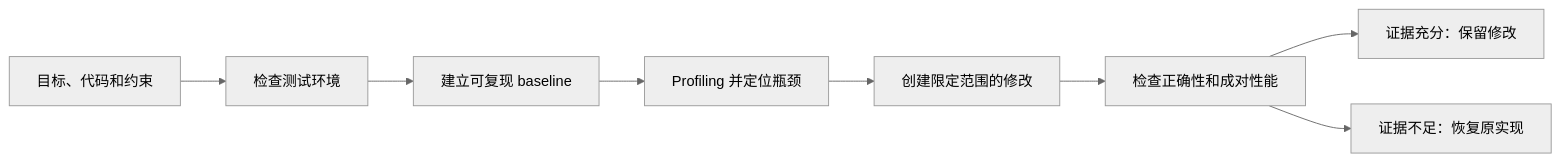
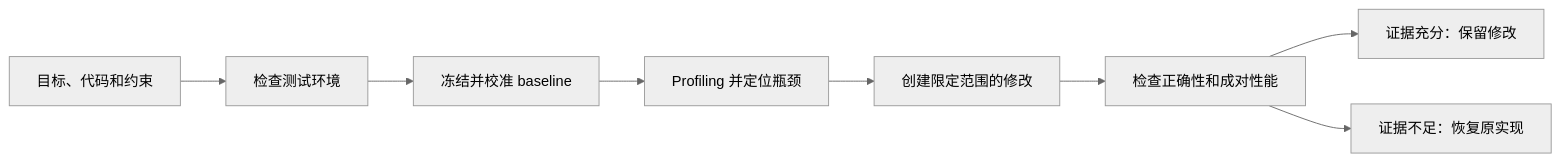
One commit to troycheng/cuda-optimized-skill changed the diagram in README.zh-CN.md. Above: the diagram before and after it, drawn with Mermaid (neutral theme). The commit also changed other lines of this file and 20 other files, not shown here.

````diff
--- a/README.zh-CN.md
+++ b/README.zh-CN.md
@@ -65,10 +69,10 @@
 ```mermaid
 flowchart LR
     goal["目标、代码和约束"] --> environment["检查测试环境"]
-    environment --> baseline["建立可复现 baseline"]
+    environment --> baseline["冻结并校准 baseline"]
     baseline --> profiling["Profiling 并定位瓶颈"]
     profiling --> change["创建限定范围的修改"]
     change --> evaluation["检查正确性和成对性能"]
     evaluation --> keep["证据充分：保留修改"]
     evaluation --> restore["证据不足：恢复原实现"]
 ```
````
